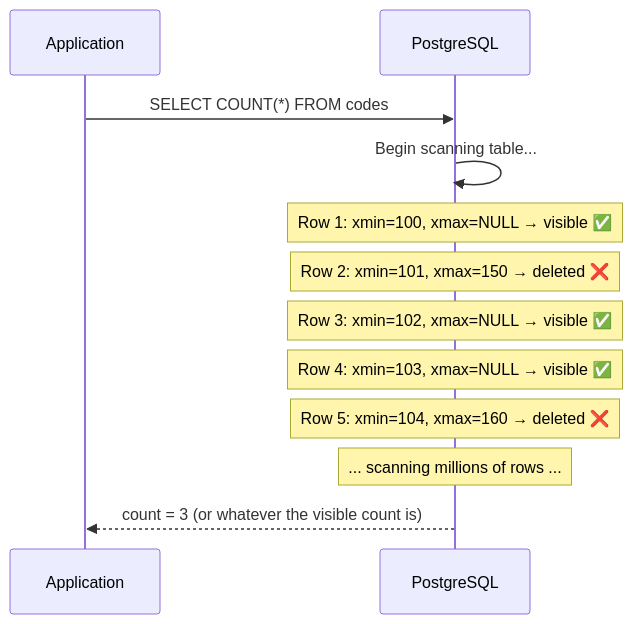
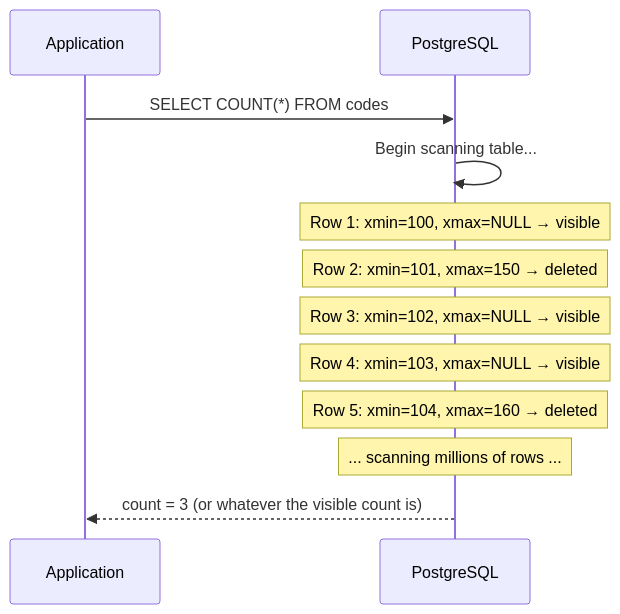
One commit to Vtheonly/Obsidian_Notes changed the diagram in SWE/System Design/1 Million RPS Knowledge/Chapter 10. Database Performance/10.4 COUNT Performance.md. Above: the diagram before and after it, drawn with Mermaid. The commit also changed 1506 other files, not shown here.

````diff
--- a/SWE/System Design/1 Million RPS Knowledge/Chapter 10. Database Performance/10.4 COUNT Performance.md
+++ b/SWE/System Design/1 Million RPS Knowledge/Chapter 10. Database Performance/10.4 COUNT Performance.md
@@ -21,15 +21,15 @@
 ```mermaid
 sequenceDiagram
     participant App as Application
     participant PG as PostgreSQL
 
     App->>PG: SELECT COUNT(*) FROM codes;
     PG->>PG: Begin scanning table...
-    Note over PG: Row 1: xmin=100, xmax=NULL → visible ✅
-    Note over PG: Row 2: xmin=101, xmax=150 → deleted ❌
-    Note over PG: Row 3: xmin=102, xmax=NULL → visible ✅
-    Note over PG: Row 4: xmin=103, xmax=NULL → visible ✅
-    Note over PG: Row 5: xmin=104, xmax=160 → deleted ❌
+    Note over PG: Row 1: xmin=100, xmax=NULL → visible 
+    Note over PG: Row 2: xmin=101, xmax=150 → deleted 
+    Note over PG: Row 3: xmin=102, xmax=NULL → visible 
+    Note over PG: Row 4: xmin=103, xmax=NULL → visible 
+    Note over PG: Row 5: xmin=104, xmax=160 → deleted 
     Note over PG: ... scanning millions of rows ...
     PG-->>App: count = 3 (or whatever the visible count is)
 ```
````
